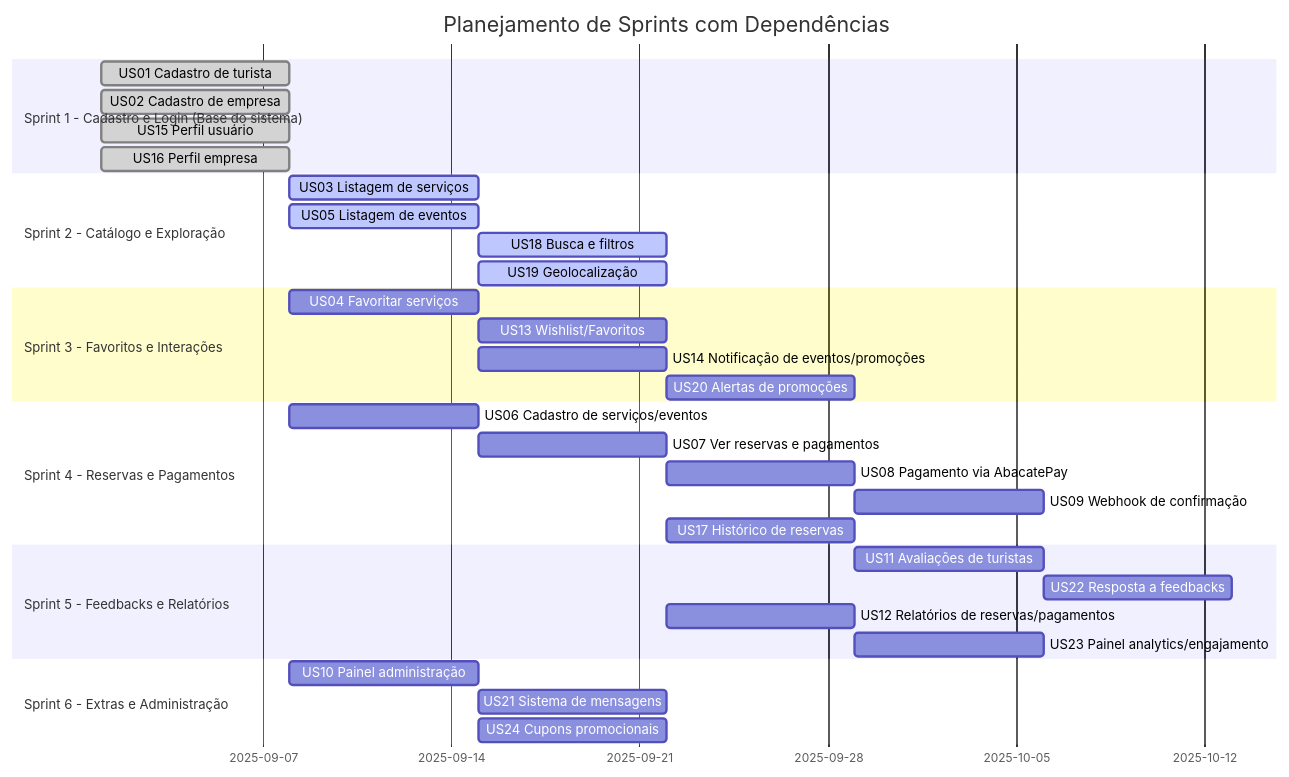
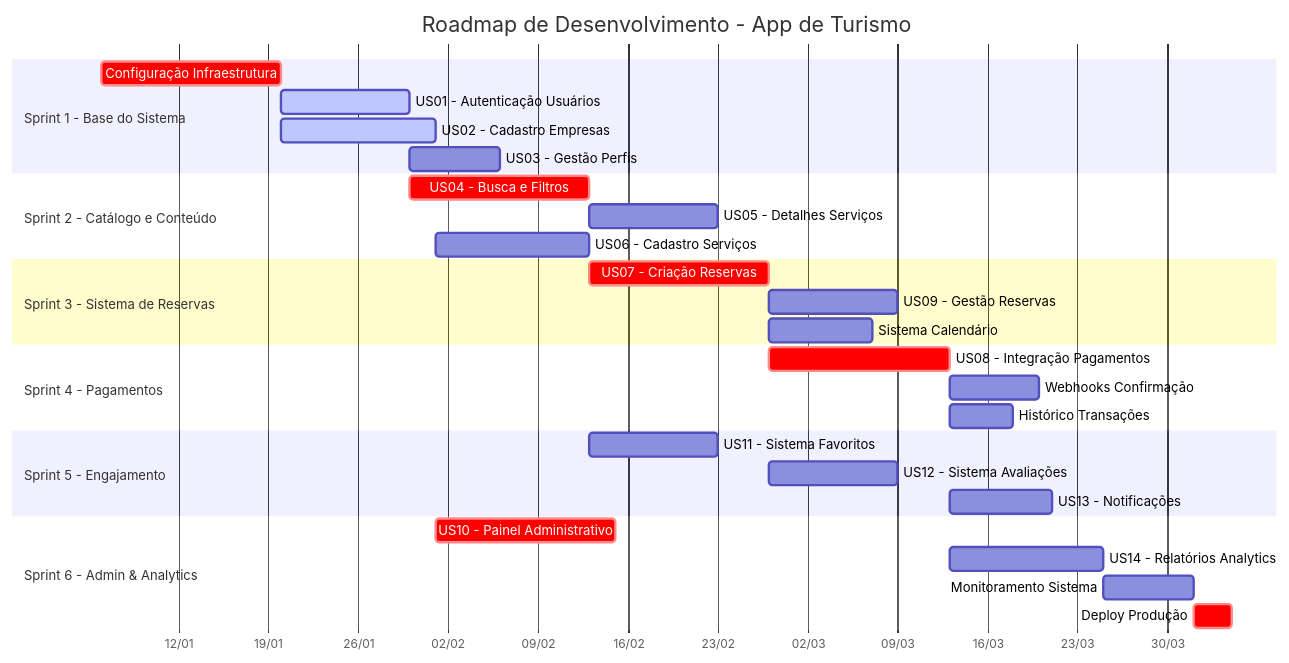
The diagram in docs/15_Roadmap.md (Turgho/BarraTour), drawn with Mermaid before and after one commit. The commit also changed other lines of this file and 7 other files, not shown here.

Commit message:
docs: atualiza documentação em vários arquivos, incluindo resumo, arquitetura, banco de dados, user stories, API e roadmap.

````diff
--- a/docs/15_Roadmap.md
+++ b/docs/15_Roadmap.md
@@ -105,42 +104,38 @@
 ```mermaid
 gantt
-    title Planejamento de Sprints com Dependências
+    title Roadmap de Desenvolvimento - App de Turismo
     dateFormat  YYYY-MM-DD
+    axisFormat %d/%m
 
-    section Sprint 1 - Cadastro e Login (Base do sistema)
-    US01 Cadastro de turista:done, des1, 2025-09-01, 7d
-    US02 Cadastro de empresa:done, des2, 2025-09-01, 7d
-    US15 Perfil usuário:done, des3, 2025-09-01, 7d
-    US16 Perfil empresa:done, des4, 2025-09-01, 7d
+    section Sprint 1 - Base do Sistema
+    Configuração Infraestrutura     :crit, s1infra, 2025-01-06, 14d
+    US01 - Autenticação Usuários    :active, s1auth, after s1infra, 10d
+    US02 - Cadastro Empresas        :active, s1emp, after s1infra, 12d
+    US03 - Gestão Perfis            :s1perf, after s1auth, 7d
 
-    section Sprint 2 - Catálogo e Exploração
-    US03 Listagem de serviços:active, des5, after des1, 7d
-    US05 Listagem de eventos:active, des6, after des1, 7d
-    US18 Busca e filtros:active, des7, after des5, 7d
-    US19 Geolocalização:active, des8, after des5, 7d
+    section Sprint 2 - Catálogo e Conteúdo
+    US04 - Busca e Filtros          :crit, s2busca, after s1auth, 14d
+    US05 - Detalhes Serviços        :s2detalhes, after s2busca, 10d
+    US06 - Cadastro Serviços        :s2cad, after s1emp, 12d
 
-    section Sprint 3 - Favoritos e Interações
-    US04 Favoritar serviços:des9, after des3, 7d
-    US13 Wishlist/Favoritos:des10, after des9, 7d
-    US14 Notificação de eventos/promoções:des11, after des6, 7d
-    US20 Alertas de promoções:des12, after des11, 7d
+    section Sprint 3 - Sistema de Reservas
+    US07 - Criação Reservas         :crit, s3reservas, after s2busca, 14d
+    US09 - Gestão Reservas          :s3gestao, after s3reservas, 10d
+    Sistema Calendário              :s3cal, after s3reservas, 8d
 
-    section Sprint 4 - Reservas e Pagamentos
-    US06 Cadastro de serviços/eventos:des13, after des2, 7d
-    US07 Ver reservas e pagamentos:des14, after des13, 7d
-    US08 Pagamento via AbacatePay:des15, after des14, 7d
-    US09 Webhook de confirmação:des16, after des15, 7d
-    US17 Histórico de reservas:des17, after des14, 7d
+    section Sprint 4 - Pagamentos
+    US08 - Integração Pagamentos    :crit, s4pag, after s3reservas, 14d
+    Webhooks Confirmação            :s4webhook, after s4pag, 7d
+    Histórico Transações            :s4hist, after s4pag, 5d
 
-    section Sprint 5 - Feedbacks e Relatórios
-    US11 Avaliações de turistas:des18, after des17, 7d
-    US22 Resposta a feedbacks:des19, after des18, 7d
-    US12 Relatórios de reservas/pagamentos:des20, after des14, 7d
-    US23 Painel analytics/engajamento:des21, after des20, 7d
+    section Sprint 5 - Engajamento
+    US11 - Sistema Favoritos        :s5fav, after s2busca, 10d
+    US12 - Sistema Avaliações       :s5avali, after s3reservas, 10d
+    US13 - Notificações             :s5notif, after s4pag, 8d
 
-    section Sprint 6 - Extras e Administração
-    US10 Painel administração:des22, after des2, 7d
-    US21 Sistema de mensagens:des23, after des13, 7d
-    US24 Cupons promocionais:des24, after des13, 7d
-
+    section Sprint 6 - Admin & Analytics
+    US10 - Painel Administrativo    :crit, s6admin, after s1emp, 14d
+    US14 - Relatórios Analytics     :s6rep, after s4pag, 12d
+    Monitoramento Sistema           :s6mon, after s6rep, 7d
+    Deploy Produção                 :crit, s6prod, after s6mon, 3d
 ```
````
